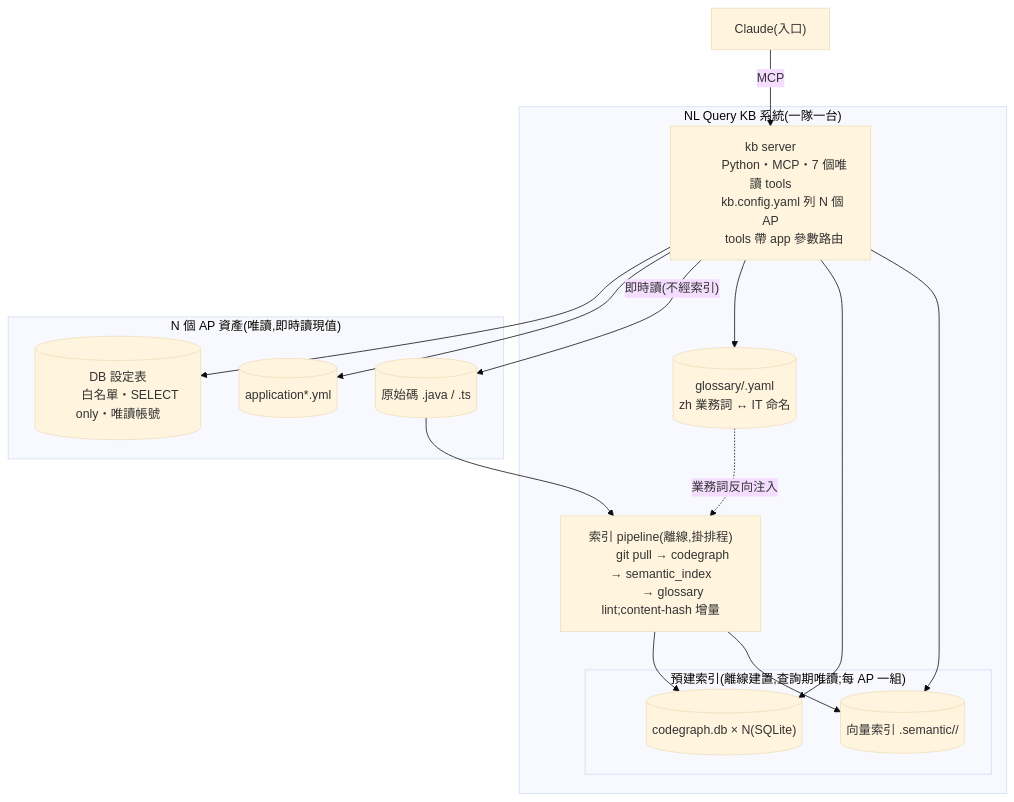
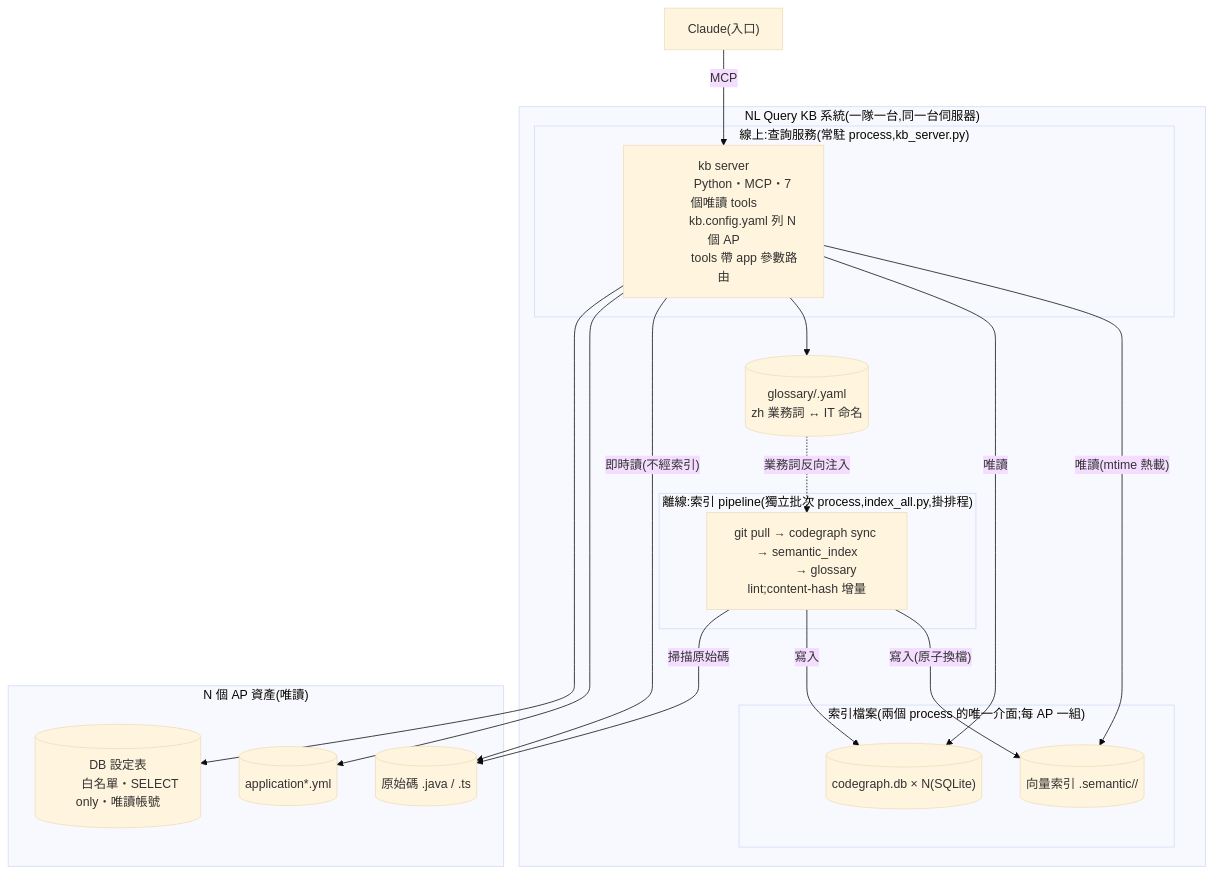
Before and after one commit to pomelo830523/Rosetta: the second of 3 diagrams in docs/SPEC.md, drawn with Mermaid (base theme). The commit also changed other lines of this file and 16 other files, not shown here.

````diff
--- a/docs/SPEC.md
+++ b/docs/SPEC.md
@@ -61,39 +61,46 @@
 ```mermaid
 flowchart TB
     claude["Claude(入口)"]
 
-    subgraph kbsys["NL Query KB 系統(一隊一台)"]
-        server["kb server
-        Python・MCP・7 個唯讀 tools
-        kb.config.yaml 列 N 個 AP
-        tools 帶 app 參數路由"]
-        subgraph stores["預建索引(離線建置,查詢期唯讀;每 AP 一組)"]
+    subgraph kbsys["NL Query KB 系統(一隊一台,同一台伺服器)"]
+        subgraph online["線上:查詢服務(常駐 process,kb_server.py)"]
+            server["kb server
+            Python・MCP・7 個唯讀 tools
+            kb.config.yaml 列 N 個 AP
+            tools 帶 app 參數路由"]
+        end
+
+        subgraph stores["索引檔案(兩個 process 的唯一介面;每 AP 一組)"]
             vec[("向量索引 .semantic/<app>/")]
             cg[("codegraph.db × N(SQLite)")]
         end
+
+        subgraph offline["離線:索引 pipeline(獨立批次 process,index_all.py,掛排程)"]
+            pipe["git pull → codegraph sync → semantic_index
+            → glossary lint;content-hash 增量"]
+        end
+
         gloss[("glossary/<app>.yaml
         zh 業務詞 ↔ IT 命名")]
-        pipe["索引 pipeline(離線,掛排程)
-        git pull → codegraph → semantic_index
-        → glossary lint;content-hash 增量"]
     end
 
-    subgraph apside["N 個 AP 資產(唯讀,即時讀現值)"]
+    subgraph apside["N 個 AP 資產(唯讀)"]
         code[("原始碼 .java / .ts")]
         yml[("application*.yml")]
         db[("DB 設定表
         白名單・SELECT only・唯讀帳號")]
     end
 
     claude -->|"MCP"| server
-    server --> vec
-    server --> cg
+    server -->|"唯讀(mtime 熱載)"| vec
+    server -->|"唯讀"| cg
     server --> gloss
     server -->|"即時讀(不經索引)"| code
     server --> yml
     server --> db
-    code --> pipe
-    pipe --> vec
-    pipe --> cg
+
+    pipe -->|"寫入(原子換檔)"| vec
+    pipe -->|"寫入"| cg
+    pipe -->|"掃描原始碼"| code
     gloss -.->|"業務詞反向注入"| pipe
 ```
````
